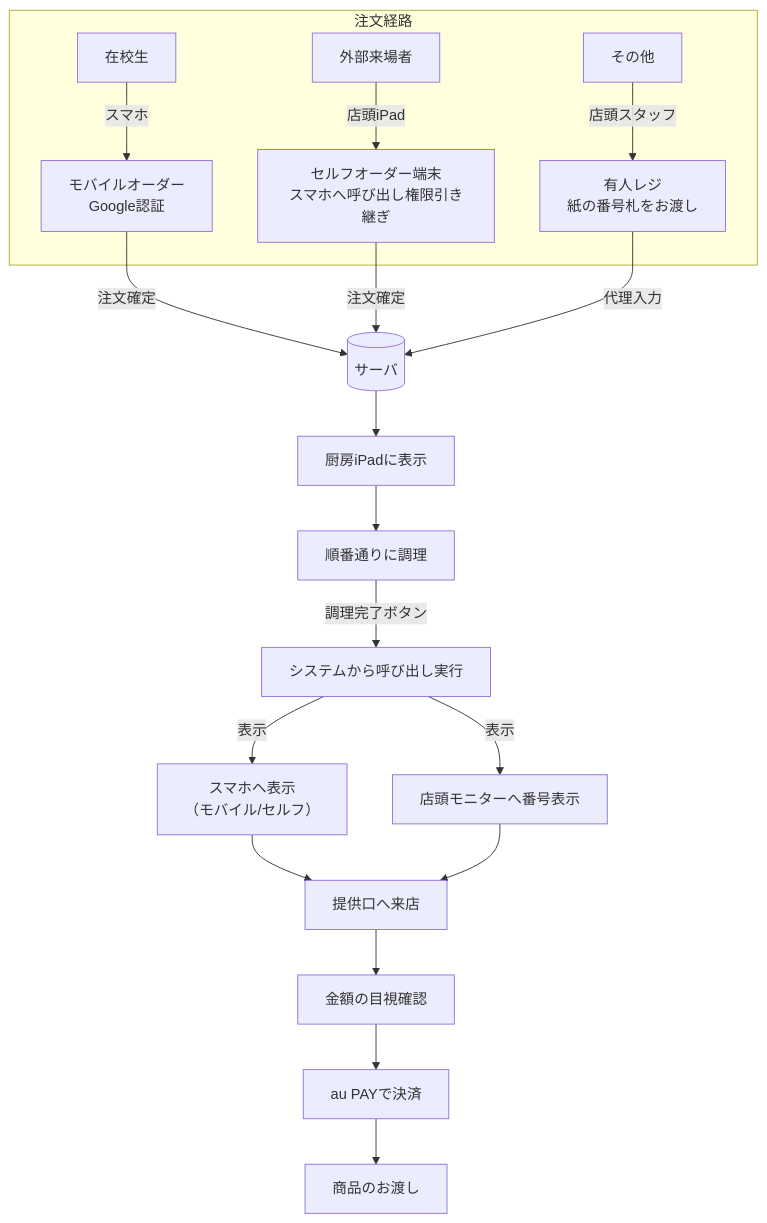
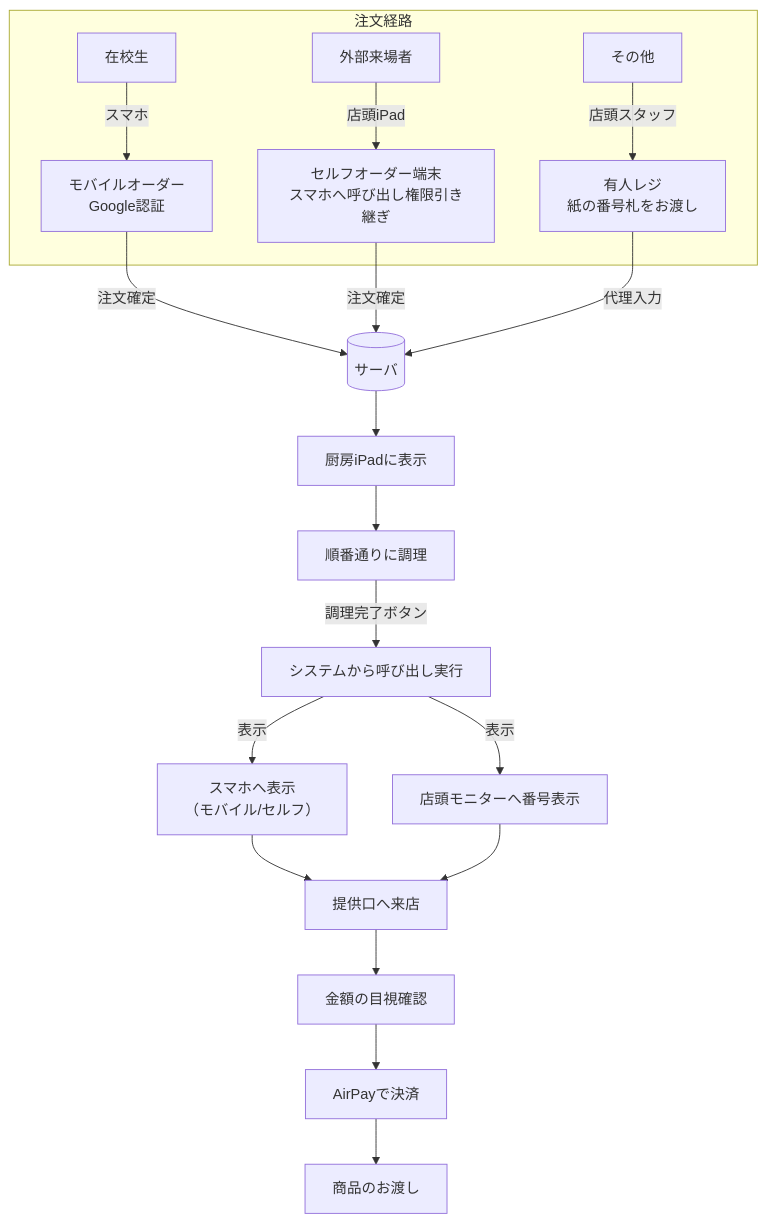
One commit to ynr-cs/nanryosai2026 changed the diagram in 設計図/南陵祭2026 モバイルオーダー・POSシステム 導入提案書.md. Above: the diagram before and after it, drawn with Mermaid. The commit also changed other lines of this file and 28 other files, not shown here.

````diff
--- a/設計図/南陵祭2026 モバイルオーダー・POSシステム 導入提案書.md
+++ b/設計図/南陵祭2026 モバイルオーダー・POSシステム 導入提案書.md
@@ -155,31 +155,31 @@
 ```mermaid
 flowchart TD
     %% 注文経路の分岐
     subgraph 注文経路
         A[在校生] -->|スマホ| B[モバイルオーダー<br/>Google認証]
         C[外部来場者] -->|店頭iPad| D[セルフオーダー端末<br/>スマホへ呼び出し権限引き継ぎ]
         E[その他] -->|店頭スタッフ| F[有人レジ<br/>紙の番号札をお渡し]
     end
 
     %% 注文データの送信と厨房の処理
     B -->|注文確定| G[(サーバ)]
     D -->|注文確定| G
     F -->|代理入力| G
 
     G --> H[厨房iPadに表示]
     H --> I[順番通りに調理]
 
     %% 調理完了と呼び出し
     I -->|調理完了ボタン| J[システムから呼び出し実行]
 
     J -->|表示| K1[スマホへ表示<br/>（モバイル/セルフ）]
     J -->|表示| K2[店頭モニターへ番号表示]
 
     %% 決済とお渡し
     K1 --> L[提供口へ来店]
     K2 --> L
 
     L --> M[金額の目視確認]
-    M --> N[au PAYで決済]
+    M --> N[AirPayで決済]
     N --> O[商品のお渡し]
 ```
````
